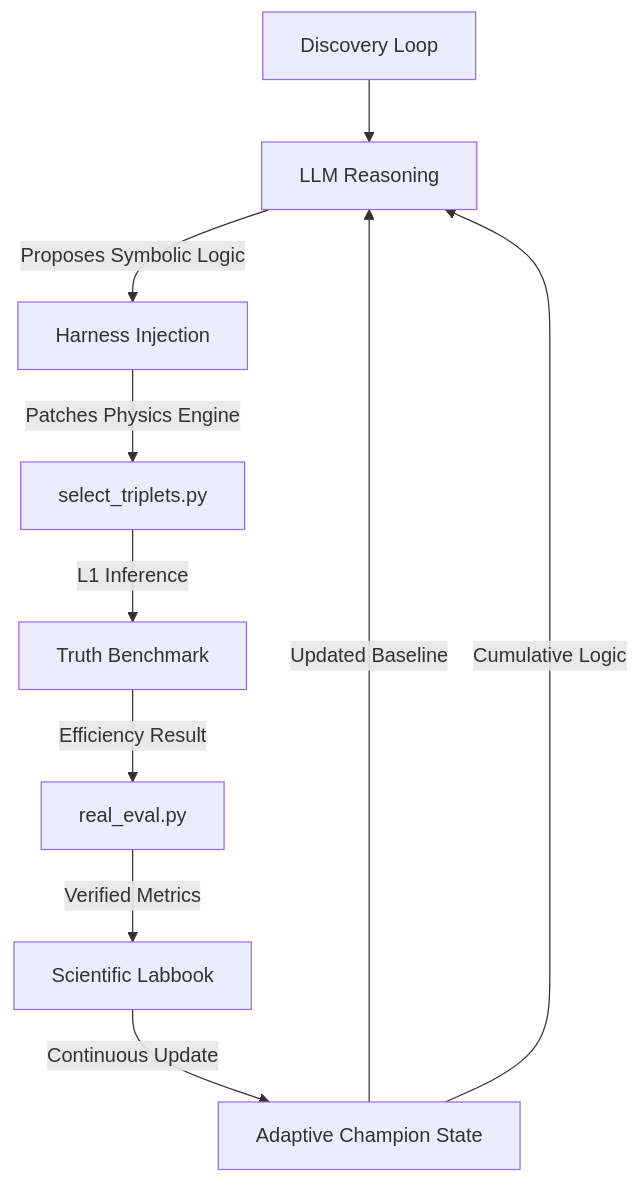
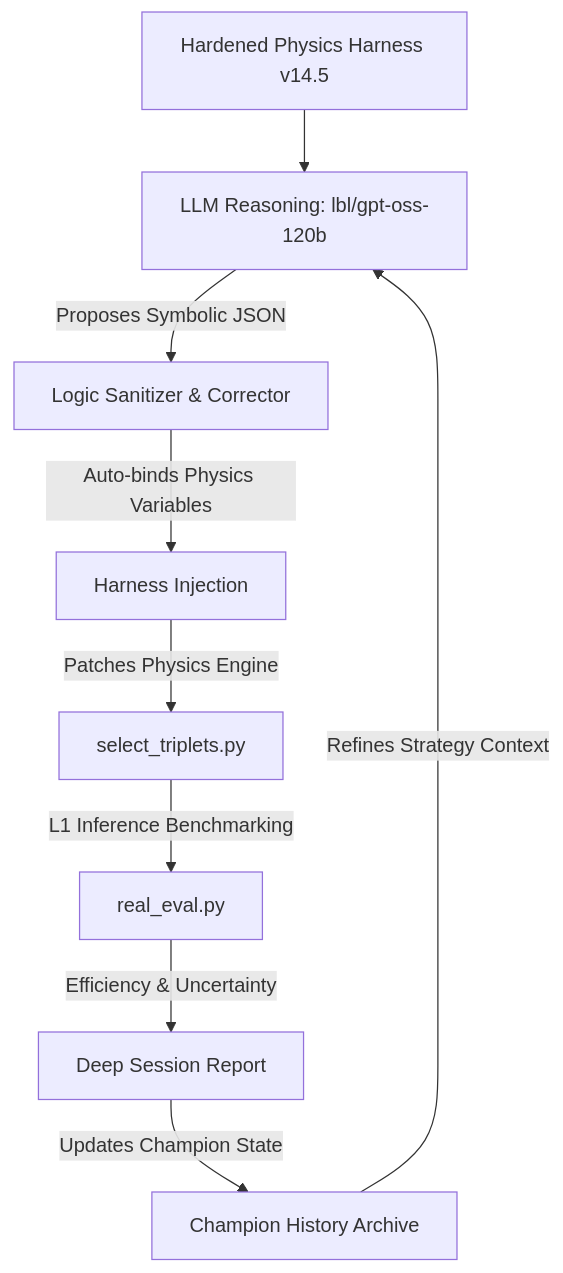
Before and after one commit to yellowchicken280/codex_topreconstruction: the diagram in README.md, drawn with Mermaid. The commit also changed other lines of this file and 4 other files, not shown here.

First line of the commit message:
feat: implement Hardened Physics Harness v14.5 and update architecture docs

````diff
--- a/README.md
+++ b/README.md
@@ -11,12 +11,11 @@
 ```mermaid
 graph TD
-    A[Discovery Loop] --> B[LLM Reasoning]
-    B -->|Proposes Symbolic Logic| C[Harness Injection]
-    C -->|Patches Physics Engine| D[select_triplets.py]
-    D -->|L1 Inference| E[Truth Benchmark]
-    E -->|Efficiency Result| F[real_eval.py]
-    F -->|Verified Metrics| G[Scientific Labbook]
-    G -->|Continuous Update| H[Adaptive Champion State]
-    H -->|Updated Baseline| B
-    H -->|Cumulative Logic| B
+    A[Hardened Physics Harness v14.5] --> B[LLM Reasoning: lbl/gpt-oss-120b]
+    B -->|Proposes Symbolic JSON| C[Logic Sanitizer & Corrector]
+    C -->|Auto-binds Physics Variables| D[Harness Injection]
+    D -->|Patches Physics Engine| E[select_triplets.py]
+    E -->|L1 Inference Benchmarking| F[real_eval.py]
+    F -->|Efficiency & Uncertainty| G[Deep Session Report]
+    G -->|Updates Champion State| H[Champion History Archive]
+    H -->|Refines Strategy Context| B
 ```
````
